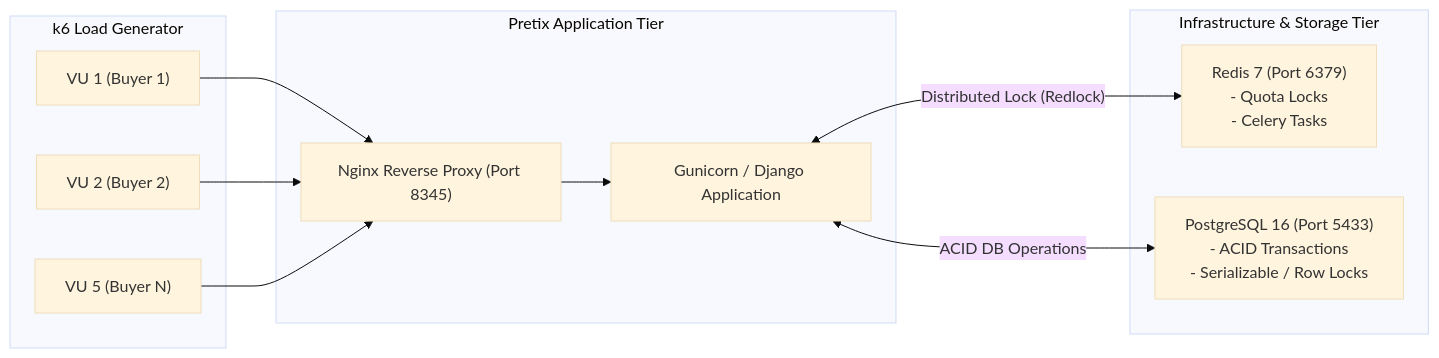
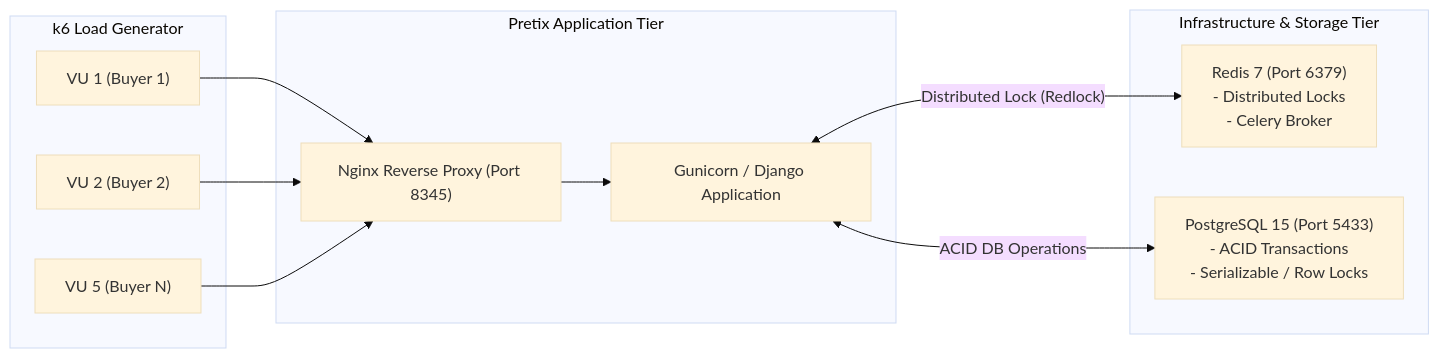
One commit to sohaibAkhlaq/sqe_pretix_project changed the first of 2 diagrams in docs/performance-recovery.md. Above: the diagram before and after it, drawn with Mermaid (base theme). The commit also changed other lines of this file and 23 other files, not shown here.

````diff
--- a/docs/performance-recovery.md
+++ b/docs/performance-recovery.md
@@ -26,25 +26,25 @@
 ```mermaid
 flowchart LR
     subgraph Clients["k6 Load Generator"]
         VU1["VU 1 (Buyer 1)"]
         VU2["VU 2 (Buyer 2)"]
         VUn["VU 5 (Buyer N)"]
     end
 
     subgraph AppTier["Pretix Application Tier"]
         Nginx["Nginx Reverse Proxy (Port 8345)"]
         Gunicorn["Gunicorn / Django Application"]
     end
 
     subgraph DataTier["Infrastructure & Storage Tier"]
-        Redis["Redis 7 (Port 6379)\n- Quota Locks\n- Celery Tasks"]
-        Postgres["PostgreSQL 16 (Port 5433)\n- ACID Transactions\n- Serializable / Row Locks"]
+        Redis["Redis 7 (Port 6379)\n- Distributed Locks\n- Celery Broker"]
+        Postgres["PostgreSQL 15 (Port 5433)\n- ACID Transactions\n- Serializable / Row Locks"]
     end
 
     VU1 --> Nginx
     VU2 --> Nginx
     VUn --> Nginx
     Nginx --> Gunicorn
     Gunicorn <-->|"Distributed Lock (Redlock)"| Redis
     Gunicorn <-->|"ACID DB Operations"| Postgres
 ```
````
